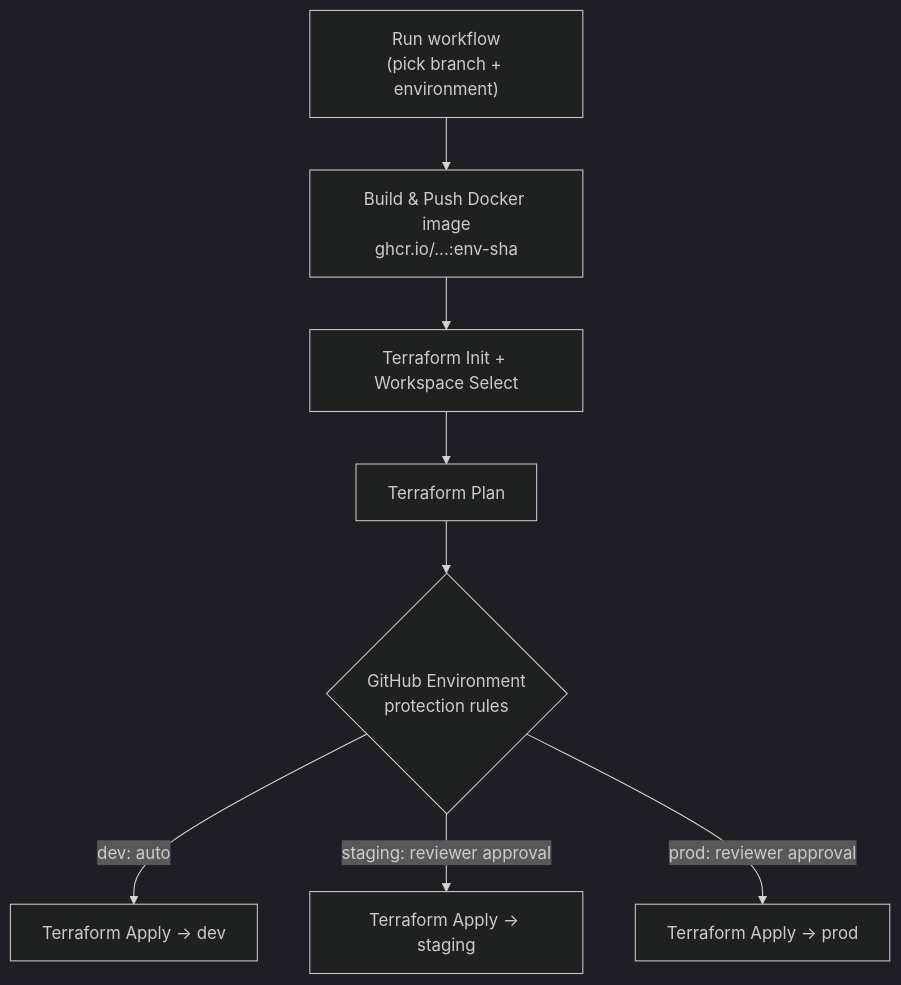
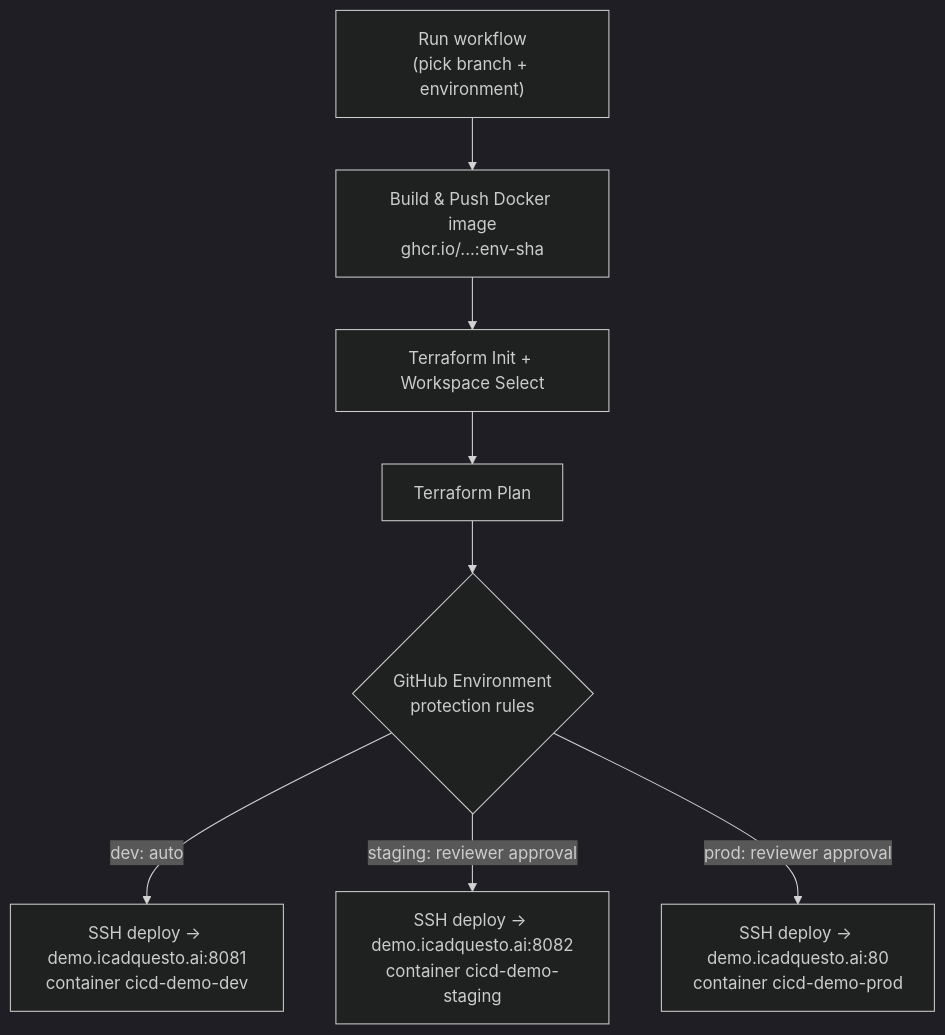
One commit to chandnitin333/cicd-demo changed the diagram in README.md. Above: the diagram before and after it, drawn with Mermaid (dark theme). The commit also changed other lines of this file and 7 other files, not shown here.

Commit message:
Enhance CI/CD setup with SSH deployment configuration and environment-specific variables for Terraform

````diff
--- a/README.md
+++ b/README.md
@@ -38,10 +39,10 @@
 ```mermaid
 flowchart TD
     A["Run workflow\n(pick branch + environment)"] --> B[Build & Push Docker image\nghcr.io/...:env-sha]
     B --> C[Terraform Init + Workspace Select]
     C --> D[Terraform Plan]
     D --> E{GitHub Environment\nprotection rules}
-    E -->|dev: auto| F1[Terraform Apply → dev]
-    E -->|staging: reviewer approval| F2[Terraform Apply → staging]
-    E -->|prod: reviewer approval| F3[Terraform Apply → prod]
+    E -->|dev: auto| F1["SSH deploy → demo.icadquesto.ai:8081\ncontainer cicd-demo-dev"]
+    E -->|staging: reviewer approval| F2["SSH deploy → demo.icadquesto.ai:8082\ncontainer cicd-demo-staging"]
+    E -->|prod: reviewer approval| F3["SSH deploy → demo.icadquesto.ai:80\ncontainer cicd-demo-prod"]
 ```
````
